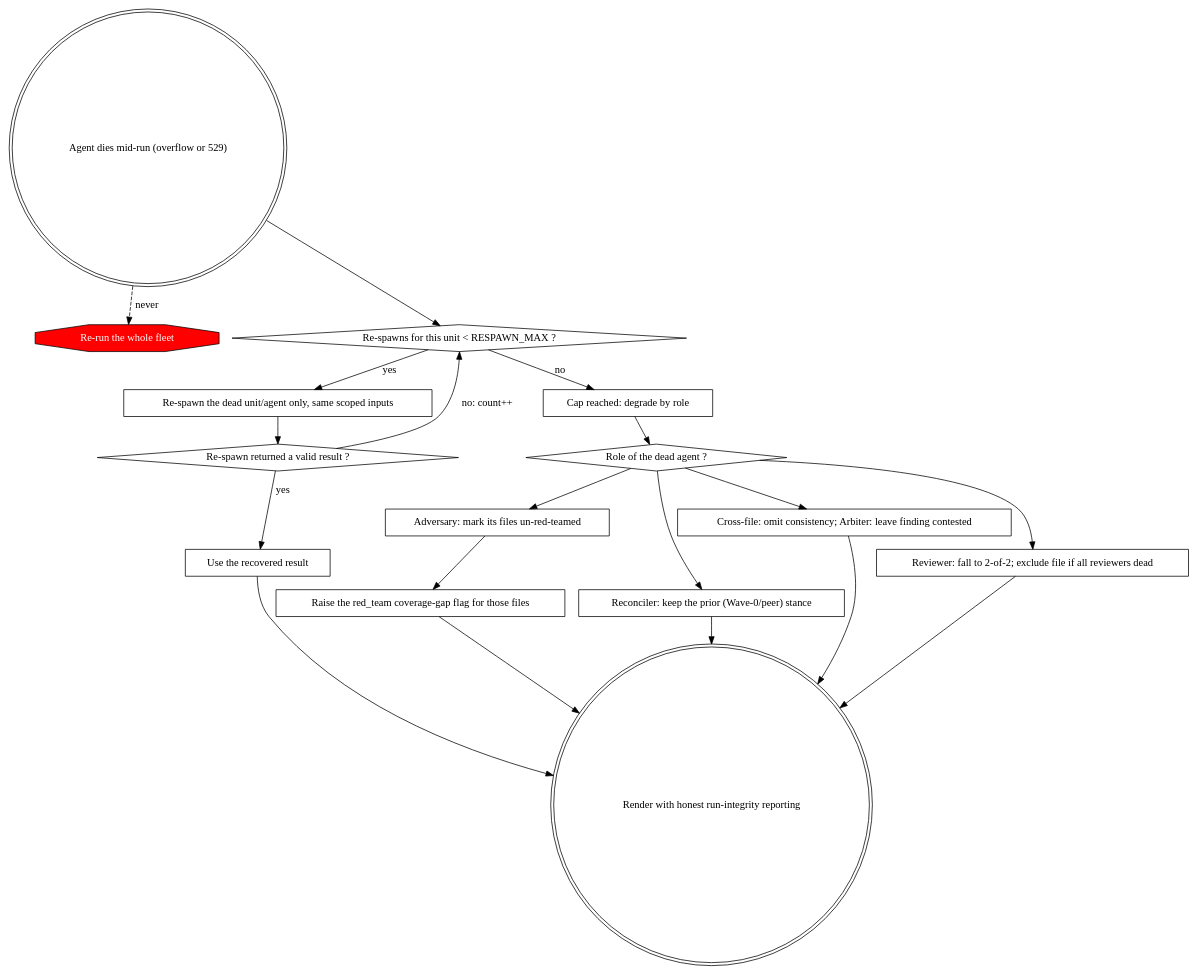
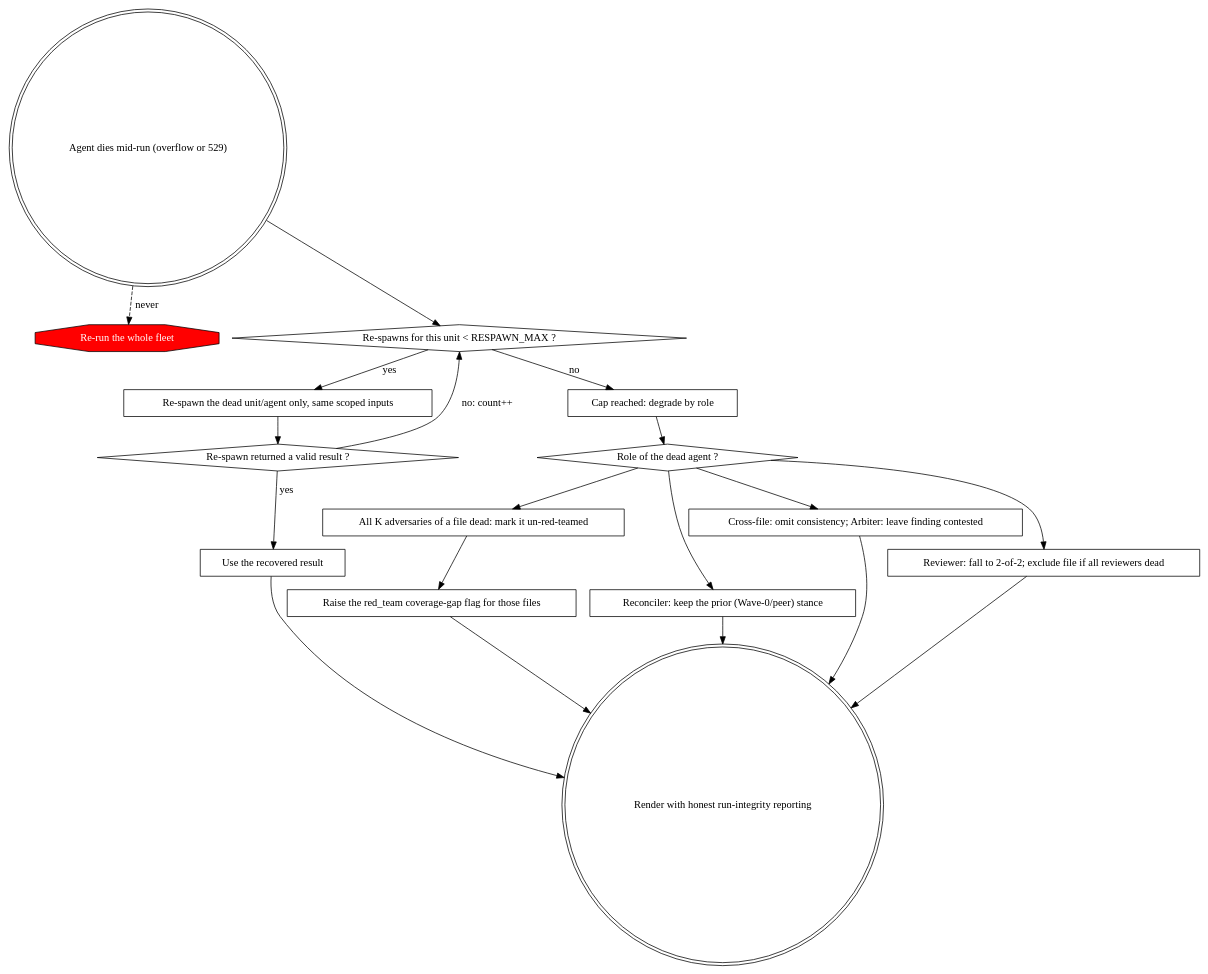
One commit to shopwareLabs/ai-coding-tools changed the diagram in plugins/test-writing/skills/phpunit-unit-test-team-reviewing/references/error-handling.md. Above: the diagram before and after it, drawn with Graphviz. The commit also changed other lines of this file and 25 other files, not shown here.

````diff
--- a/plugins/test-writing/skills/phpunit-unit-test-team-reviewing/references/error-handling.md
+++ b/plugins/test-writing/skills/phpunit-unit-test-team-reviewing/references/error-handling.md
@@ -18,37 +18,37 @@
 ```dot
 digraph mid_run_recovery {
   "Agent dies mid-run (overflow or 529)" [shape=doublecircle];
   "Re-run the whole fleet" [shape=octagon, style=filled, fillcolor=red, fontcolor=white];
   "Re-spawns for this unit < RESPAWN_MAX ?" [shape=diamond];
   "Re-spawn the dead unit/agent only, same scoped inputs" [shape=box];
   "Re-spawn returned a valid result ?" [shape=diamond];
   "Use the recovered result" [shape=box];
   "Cap reached: degrade by role" [shape=box];
   "Role of the dead agent ?" [shape=diamond];
   "Reviewer: fall to 2-of-2; exclude file if all reviewers dead" [shape=box];
-  "Adversary: mark its files un-red-teamed" [shape=box];
+  "All K adversaries of a file dead: mark it un-red-teamed" [shape=box];
   "Reconciler: keep the prior (Wave-0/peer) stance" [shape=box];
   "Cross-file: omit consistency; Arbiter: leave finding contested" [shape=box];
   "Raise the red_team coverage-gap flag for those files" [shape=box];
   "Render with honest run-integrity reporting" [shape=doublecircle];
 
   "Agent dies mid-run (overflow or 529)" -> "Re-run the whole fleet" [label="never", style=dashed];
   "Agent dies mid-run (overflow or 529)" -> "Re-spawns for this unit < RESPAWN_MAX ?";
   "Re-spawns for this unit < RESPAWN_MAX ?" -> "Re-spawn the dead unit/agent only, same scoped inputs" [label="yes"];
   "Re-spawn the dead unit/agent only, same scoped inputs" -> "Re-spawn returned a valid result ?";
   "Re-spawn returned a valid result ?" -> "Use the recovered result" [label="yes"];
   "Re-spawn returned a valid result ?" -> "Re-spawns for this unit < RESPAWN_MAX ?" [label="no: count++"];
   "Re-spawns for this unit < RESPAWN_MAX ?" -> "Cap reached: degrade by role" [label="no"];
   "Cap reached: degrade by role" -> "Role of the dead agent ?";
   "Role of the dead agent ?" -> "Reviewer: fall to 2-of-2; exclude file if all reviewers dead";
-  "Role of the dead agent ?" -> "Adversary: mark its files un-red-teamed";
+  "Role of the dead agent ?" -> "All K adversaries of a file dead: mark it un-red-teamed";
   "Role of the dead agent ?" -> "Reconciler: keep the prior (Wave-0/peer) stance";
   "Role of the dead agent ?" -> "Cross-file: omit consistency; Arbiter: leave finding contested";
-  "Adversary: mark its files un-red-teamed" -> "Raise the red_team coverage-gap flag for those files";
+  "All K adversaries of a file dead: mark it un-red-teamed" -> "Raise the red_team coverage-gap flag for those files";
   "Use the recovered result" -> "Render with honest run-integrity reporting";
   "Reviewer: fall to 2-of-2; exclude file if all reviewers dead" -> "Render with honest run-integrity reporting";
   "Reconciler: keep the prior (Wave-0/peer) stance" -> "Render with honest run-integrity reporting";
   "Cross-file: omit consistency; Arbiter: leave finding contested" -> "Render with honest run-integrity reporting";
   "Raise the red_team coverage-gap flag for those files" -> "Render with honest run-integrity reporting";
 }
 ```
````
